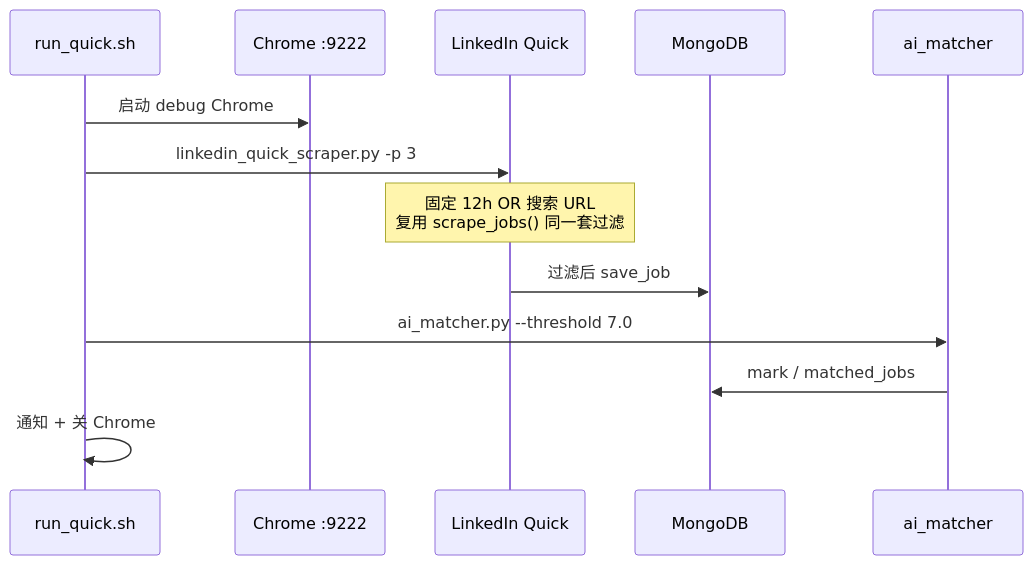
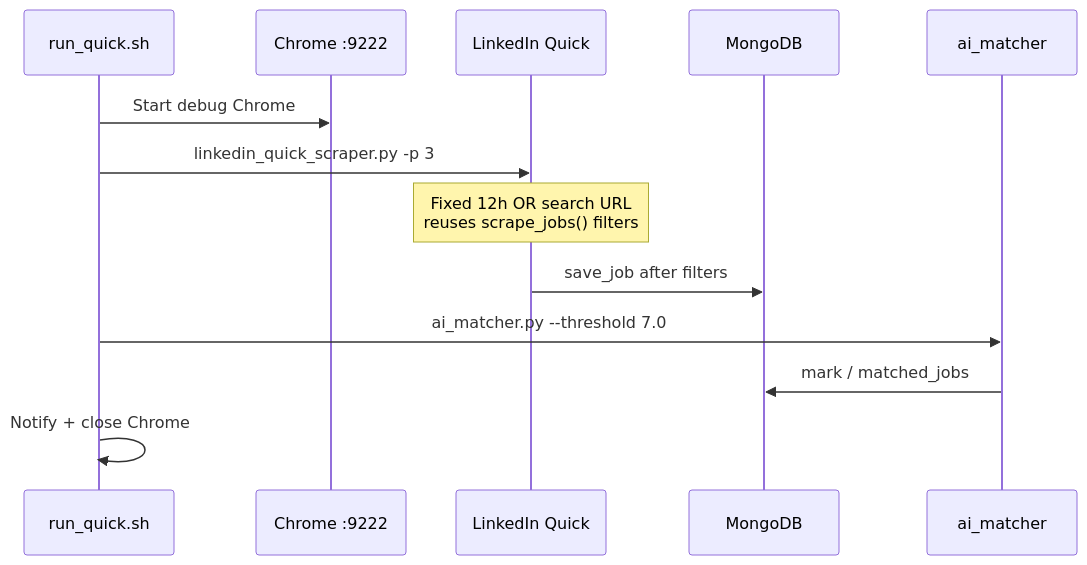
The third of 5 diagrams in docs/architecture.md (CarrieNong/job_scraper), drawn with Mermaid before and after one commit. The commit also changed other lines of this file and 1 other file, not shown here.

````diff
--- a/docs/architecture.md
+++ b/docs/architecture.md
@@ -150,16 +152,16 @@
 ```mermaid
 sequenceDiagram
     participant S as run_quick.sh
     participant C as Chrome :9222
     participant Q as LinkedIn Quick
     participant DB as MongoDB
     participant AI as ai_matcher
 
-    S->>C: 启动 debug Chrome
+    S->>C: Start debug Chrome
     S->>Q: linkedin_quick_scraper.py -p 3
-    Note over Q: 固定 12h OR 搜索 URL<br/>复用 scrape_jobs() 同一套过滤
-    Q->>DB: 过滤后 save_job
+    Note over Q: Fixed 12h OR search URL<br/>reuses scrape_jobs() filters
+    Q->>DB: save_job after filters
     S->>AI: ai_matcher.py --threshold 7.0
     AI->>DB: mark / matched_jobs
-    S->>S: 通知 + 关 Chrome
+    S->>S: Notify + close Chrome
 ```
````
